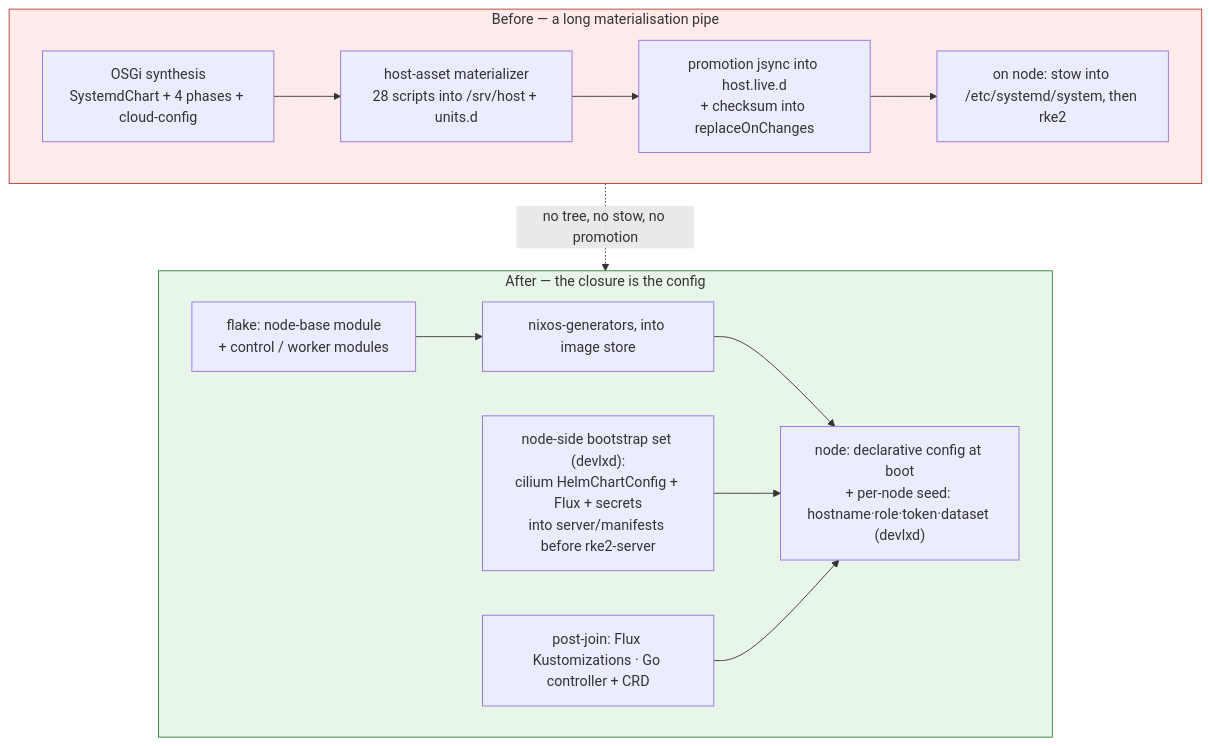
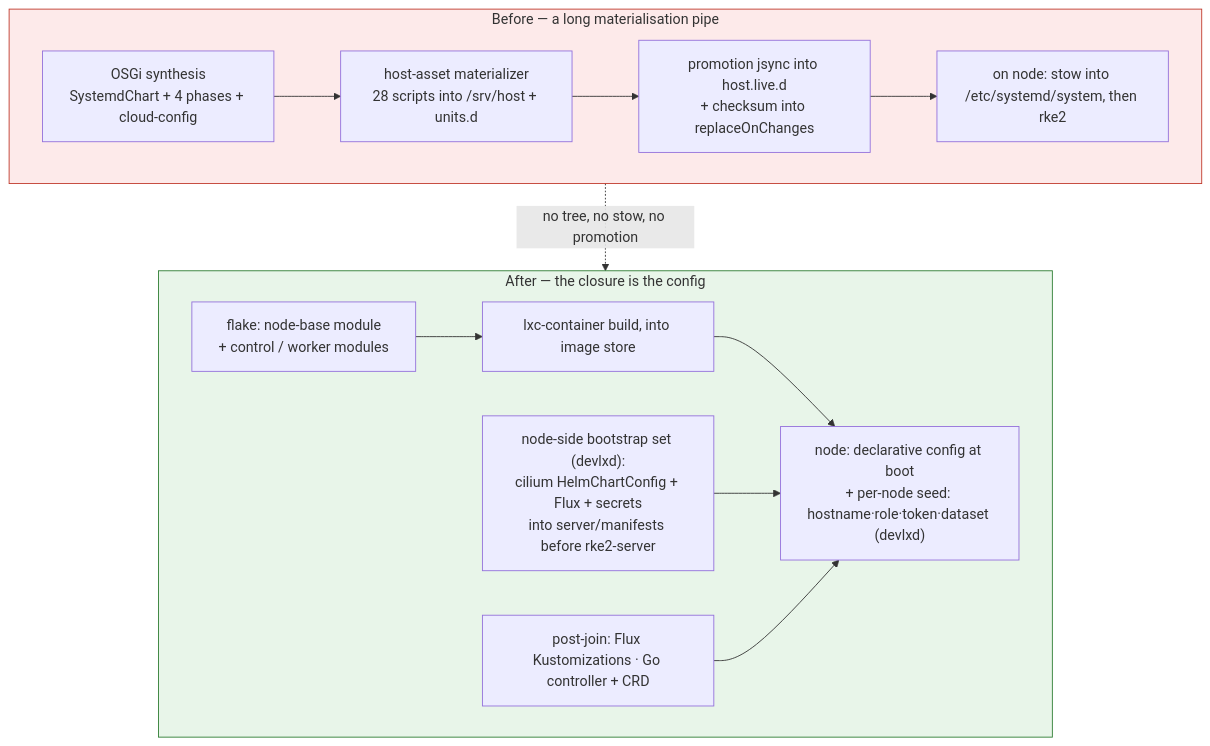
One commit to nxmatic/rke2lab changed the second of 4 diagrams in docs/architecture/atlas/nixos-substrate.adoc. Above: the diagram before and after it, drawn with Mermaid. The commit also changed other lines of this file and 39 other files, not shown here.

```diff
--- a/docs/architecture/atlas/nixos-substrate.adoc
+++ b/docs/architecture/atlas/nixos-substrate.adoc
@@ -60,25 +60,25 @@
 [mermaid]
 ----
 flowchart TB
   subgraph BEFORE[Before — a long materialisation pipe]
     b1["OSGi synthesis<br/>SystemdChart + 4 phases + cloud-config"]
     b2["host-asset materializer<br/>28 scripts into /srv/host + units.d"]
     b3["promotion jsync into host.live.d<br/>+ checksum into replaceOnChanges"]
     b4["on node: stow into /etc/systemd/system, then rke2"]
     b1 --> b2 --> b3 --> b4
   end
   subgraph AFTER[After — the closure is the config]
     a1["flake: node-base module<br/>+ control / worker modules"]
-    a2["nixos-generators, into image store"]
+    a2["lxc-container build, into image store"]
     a3["node: declarative config at boot<br/>+ per-node seed: hostname·role·token·dataset (devlxd)"]
     a4["node-side bootstrap set (devlxd):<br/>cilium HelmChartConfig + Flux + secrets<br/>into server/manifests before rke2-server"]
     a5["post-join: Flux Kustomizations · Go controller + CRD"]
     a1 --> a2 --> a3
     a4 --> a3
     a5 --> a3
   end
   BEFORE -.no tree, no stow, no promotion.-> AFTER
 
   style BEFORE fill:#fdeaea,stroke:#c0392b
   style AFTER fill:#e8f5e9,stroke:#2e7d32
 ----
```
